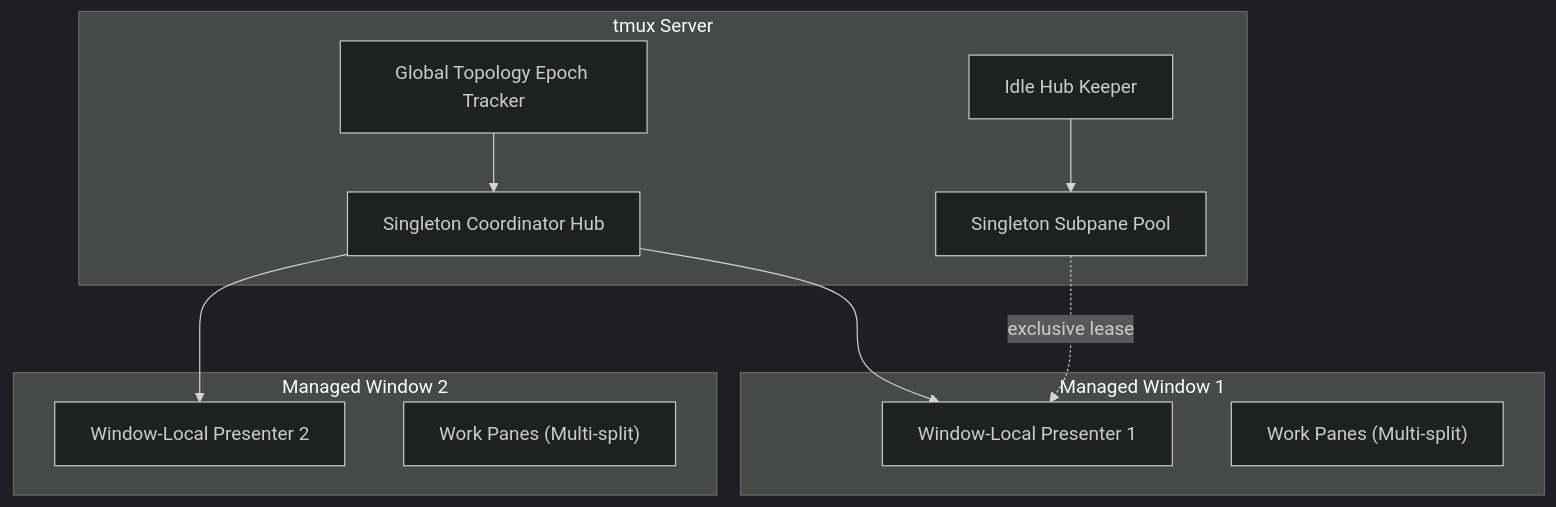
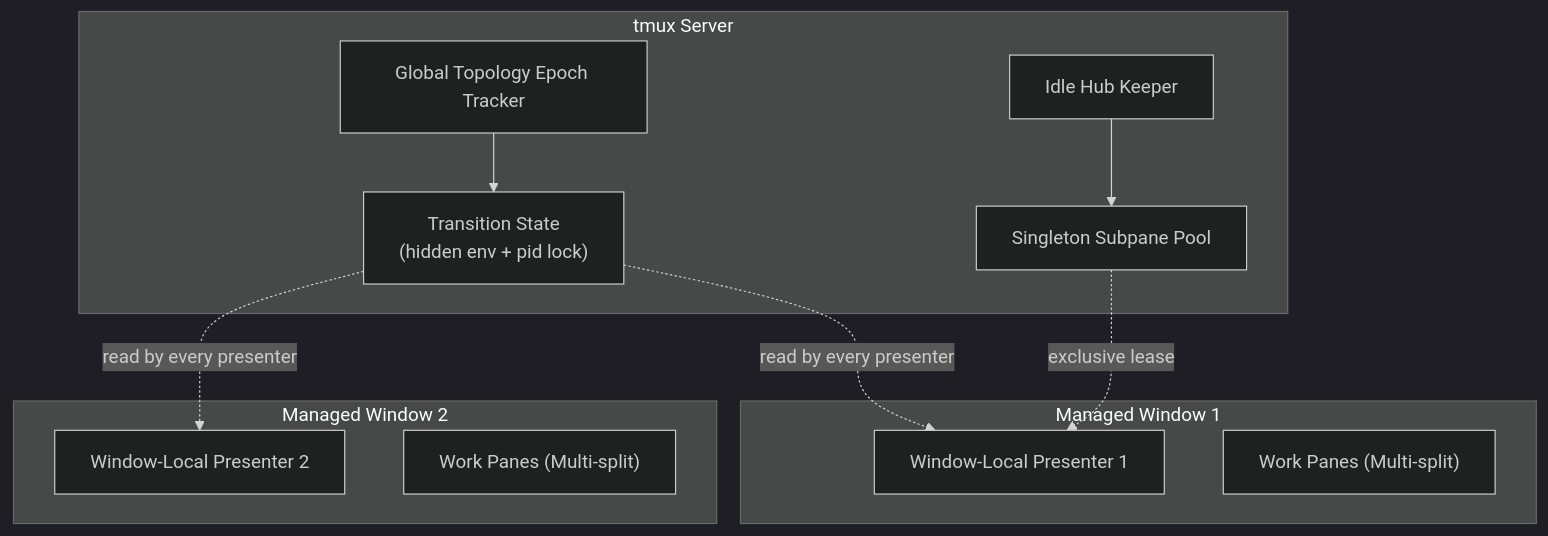
The diagram in docs/ARCHITECTURE.md (al-hub/tmux-session-dock), drawn with Mermaid (dark theme) before and after one commit. The commit also changed other lines of this file and 11 other files, not shown here.

````diff
--- a/docs/ARCHITECTURE.md
+++ b/docs/ARCHITECTURE.md
@@ -7,25 +13,25 @@
 ```mermaid
 graph TD
     subgraph "tmux Server"
-        COORDINATOR["Singleton Coordinator Hub"]
+        COORDINATOR["Transition State<br/>(hidden env + pid lock)"]
         SUBPANE_HUB["Singleton Subpane Pool"]
         HUB_KEEPER["Idle Hub Keeper"]
         EPOCH["Global Topology Epoch Tracker"]
     end
 
     subgraph "Managed Window 1"
         PRESENTER_1["Window-Local Presenter 1"]
         WORK_1["Work Panes (Multi-split)"]
     end
 
     subgraph "Managed Window 2"
         PRESENTER_2["Window-Local Presenter 2"]
         WORK_2["Work Panes (Multi-split)"]
     end
 
-    COORDINATOR --> PRESENTER_1
-    COORDINATOR --> PRESENTER_2
+    COORDINATOR -. "read by every presenter" .-> PRESENTER_1
+    COORDINATOR -. "read by every presenter" .-> PRESENTER_2
     HUB_KEEPER --> SUBPANE_HUB
     SUBPANE_HUB -. "exclusive lease" .-> PRESENTER_1
     EPOCH --> COORDINATOR
 ```
````
